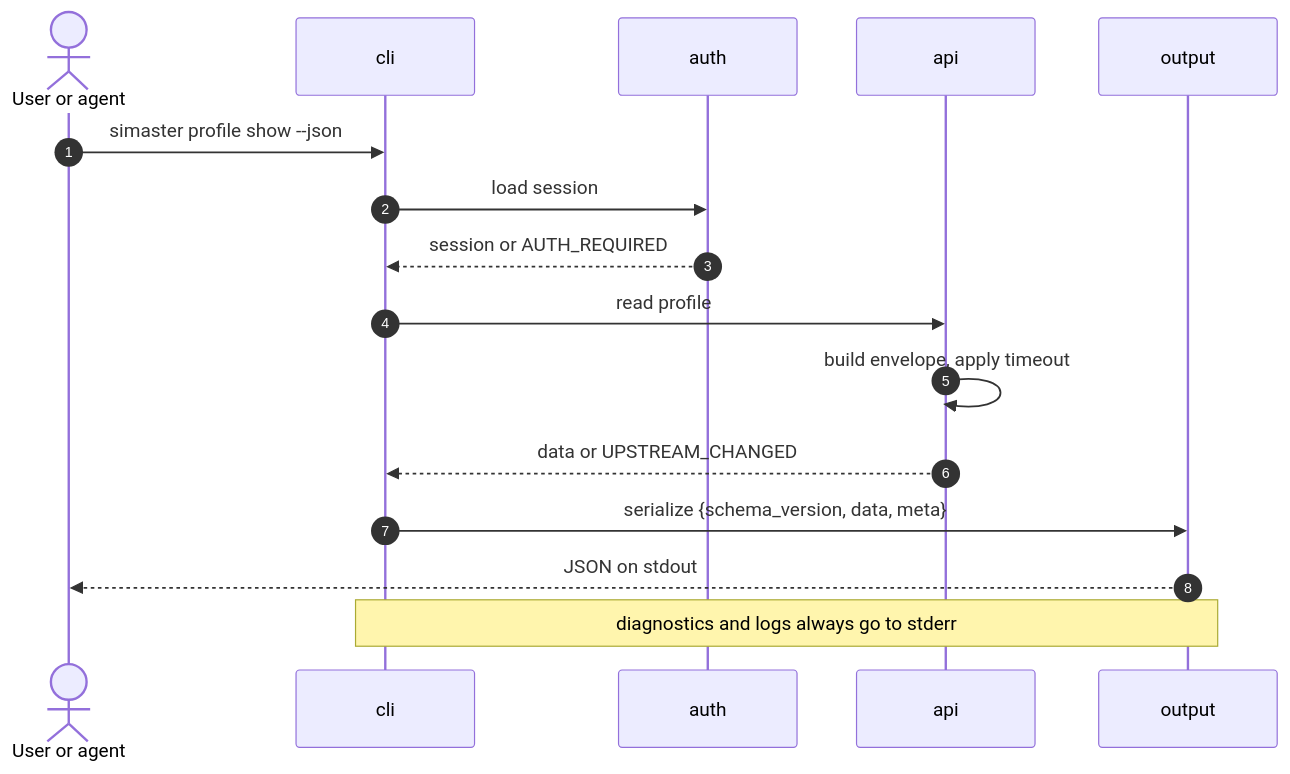
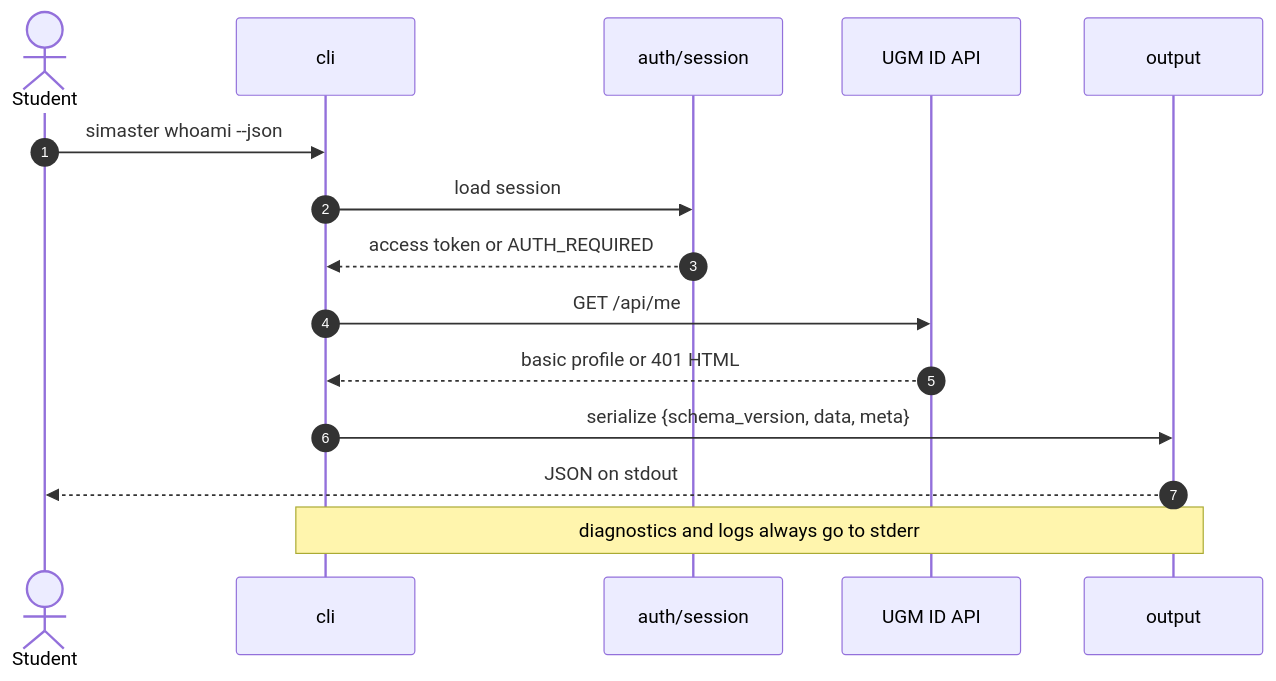
Before and after one commit to Andhiki/simaster: the second of 3 diagrams in docs/ARCHITECTURE.md, drawn with Mermaid. The commit also changed other lines of this file and 14 other files, not shown here.

First line of the commit message:
docs: adopt official UGM ID OAuth2/OIDC API

````diff
--- a/docs/ARCHITECTURE.md
+++ b/docs/ARCHITECTURE.md
@@ -111,18 +117,17 @@
 ```mermaid
 sequenceDiagram
   autonumber
-  actor U as User or agent
+  actor U as Student
   participant CLI as cli
-  participant AUTH as auth
-  participant API as api
+  participant AUTH as auth/session
+  participant ID as UGM ID API
   participant OUT as output
-  U->>CLI: simaster profile show --json
+  U->>CLI: simaster whoami --json
   CLI->>AUTH: load session
-  AUTH-->>CLI: session or AUTH_REQUIRED
-  CLI->>API: read profile
-  API->>API: build envelope, apply timeout
-  API-->>CLI: data or UPSTREAM_CHANGED
+  AUTH-->>CLI: access token or AUTH_REQUIRED
+  CLI->>ID: GET /api/me
+  ID-->>CLI: basic profile or 401 HTML
   CLI->>OUT: serialize {schema_version, data, meta}
   OUT-->>U: JSON on stdout
   Note over CLI,OUT: diagnostics and logs always go to stderr
 ```
````
